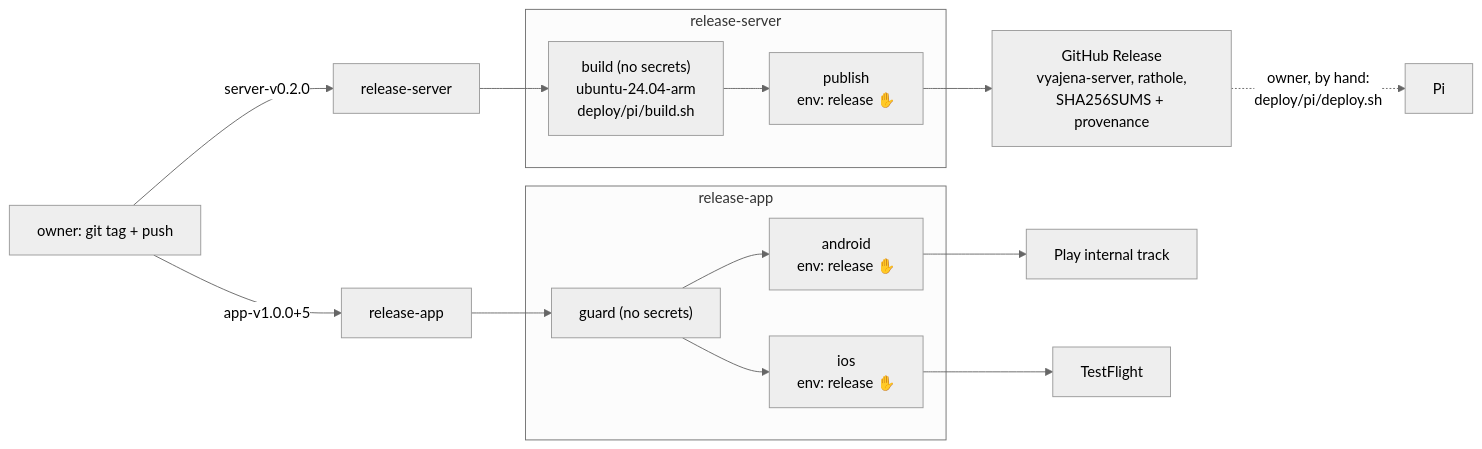
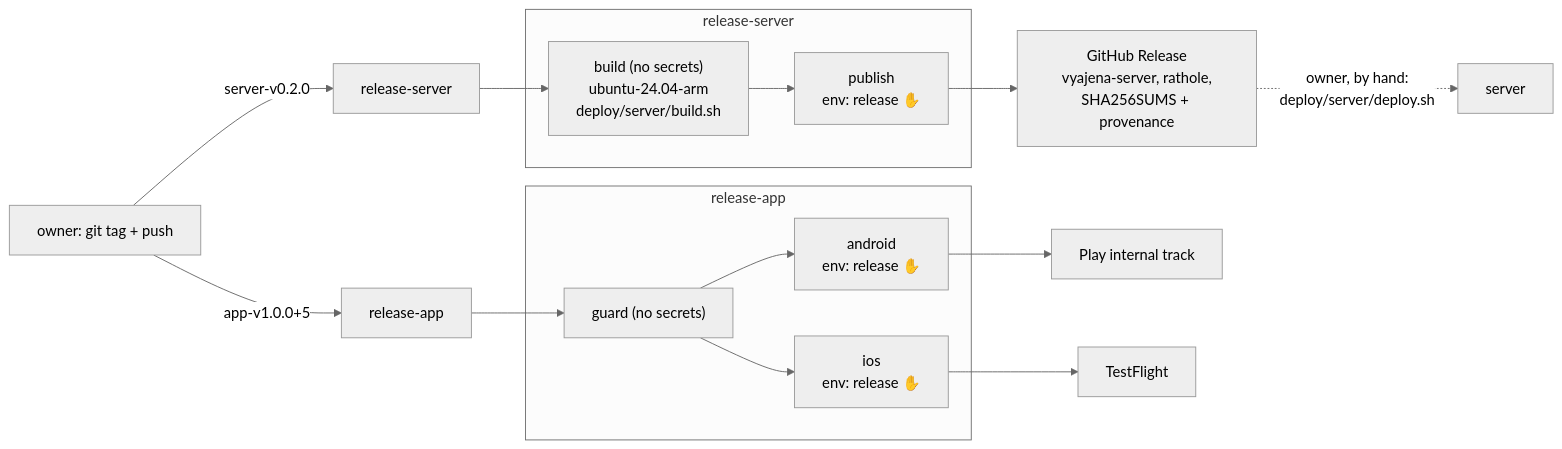
The diagram in openspec/changes/ci-release/design.md (koppathachan/vyajena), drawn with Mermaid (neutral theme) before and after one commit. The commit also changed other lines of this file and 437 other files, not shown here.

````diff
--- a/openspec/changes/ci-release/design.md
+++ b/openspec/changes/ci-release/design.md
@@ -17,18 +17,18 @@
 ```mermaid
 flowchart LR
   owner["owner: git tag + push"] -->|server-v0.2.0| rs["release-server"]
   owner -->|app-v1.0.0+5| ra["release-app"]
   subgraph rs_jobs["release-server"]
-    b["build (no secrets)\nubuntu-24.04-arm\ndeploy/pi/build.sh"] --> p["publish\nenv: release ✋"]
+    b["build (no secrets)\nubuntu-24.04-arm\ndeploy/server/build.sh"] --> p["publish\nenv: release ✋"]
   end
   subgraph ra_jobs["release-app"]
     g["guard (no secrets)"] --> a["android\nenv: release ✋"]
     g --> i["ios\nenv: release ✋"]
   end
   rs --> b
   ra --> g
   p --> gh["GitHub Release\nvyajena-server, rathole,\nSHA256SUMS + provenance"]
   a --> play["Play internal track"]
   i --> tf["TestFlight"]
-  gh -. "owner, by hand:\ndeploy/pi/deploy.sh" .-> pi["Pi"]
+  gh -. "owner, by hand:\ndeploy/server/deploy.sh" .-> server["server"]
 ```
````
